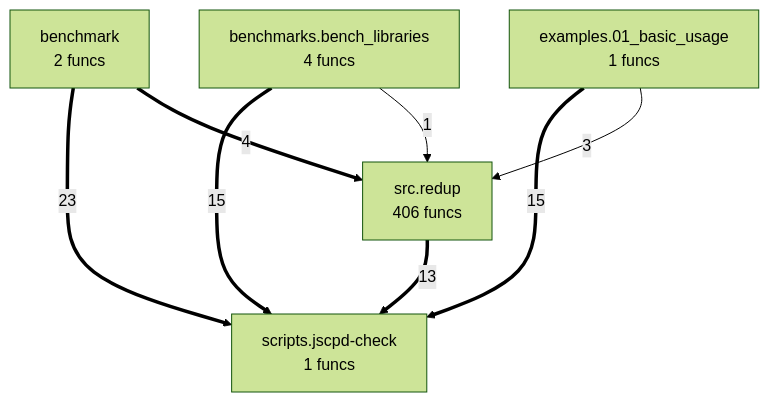
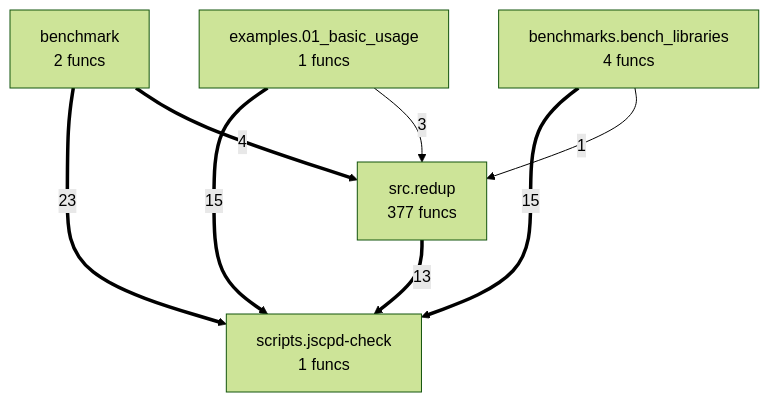
Before and after one commit to semcod/redup: the diagram in project/compact_flow.mmd, drawn with Mermaid (forest theme). The commit also changed 26 other files, not shown here.

```diff
--- a/project/compact_flow.mmd
+++ b/project/compact_flow.mmd
@@ -1,14 +1,14 @@
 flowchart TD
 %% generated in 0.03s
     benchmark["benchmark<br/>2 funcs"]
     benchmarks__bench_libraries["benchmarks.bench_libraries<br/>4 funcs"]
     examples__01_basic_usage["examples.01_basic_usage<br/>1 funcs"]
     scripts__jscpd_check["scripts.jscpd-check<br/>1 funcs"]
-    src__redup["src.redup<br/>406 funcs"]
+    src__redup["src.redup<br/>377 funcs"]
     benchmark ==>|23| scripts__jscpd_check
+    examples__01_basic_usage ==>|15| scripts__jscpd_check
     benchmarks__bench_libraries ==>|15| scripts__jscpd_check
-    examples__01_basic_usage ==>|15| scripts__jscpd_check
     src__redup ==>|13| scripts__jscpd_check
     benchmark ==>|4| src__redup
     examples__01_basic_usage -->|3| src__redup
     benchmarks__bench_libraries -->|1| src__redup
```
